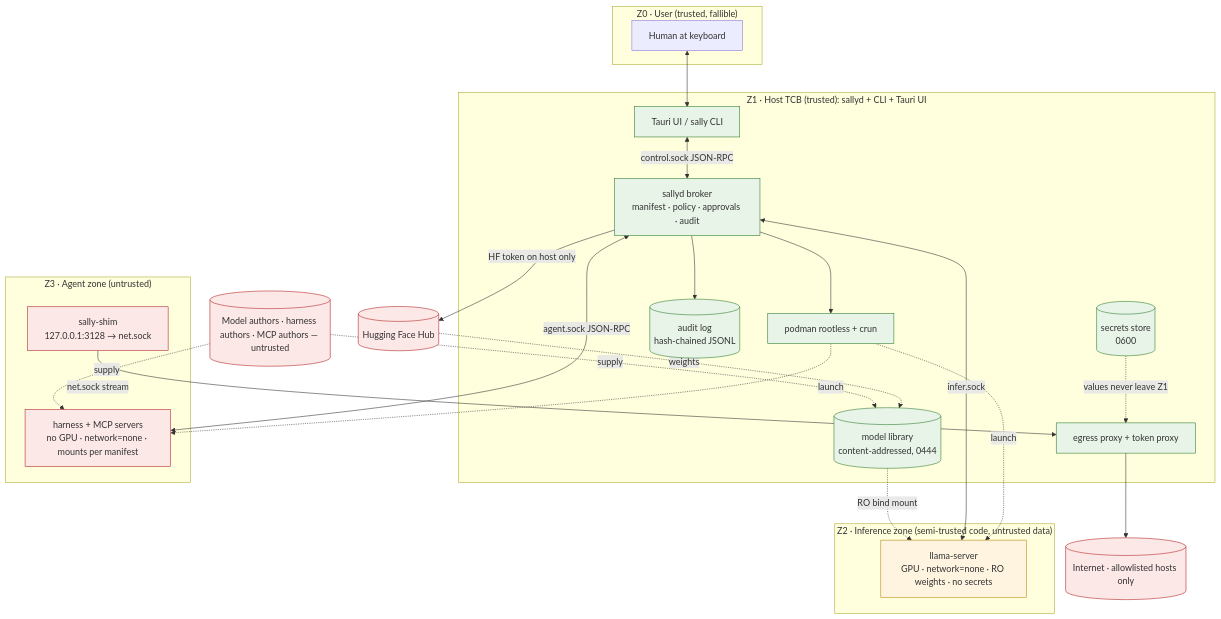
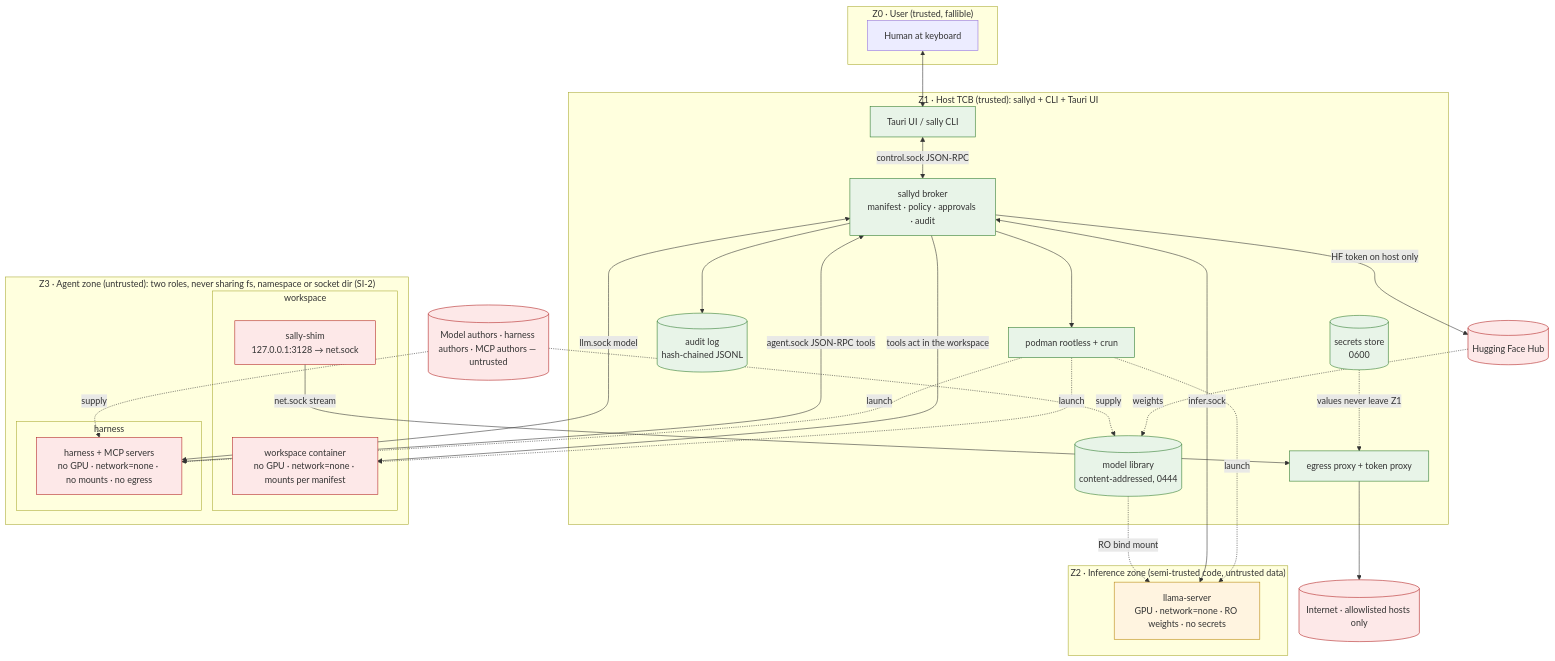
The diagram in THREAT_MODEL.md (ceapf/sallyport), drawn with Mermaid before and after one commit. The commit also changed other lines of this file, not shown here.

First line of the commit message:
docs(threat-model): invariants, zone diagram, filter and model wording

````diff
--- a/THREAT_MODEL.md
+++ b/THREAT_MODEL.md
@@ -37,53 +37,61 @@
 ```mermaid
 flowchart TB
     subgraph Z0["Z0 · User (trusted, fallible)"]
         U[Human at keyboard]
     end
 
     subgraph Z1["Z1 · Host TCB (trusted): sallyd + CLI + Tauri UI"]
         UI[Tauri UI / sally CLI]
         B[sallyd broker<br/>manifest · policy · approvals · audit]
         EP[egress proxy + token proxy]
         SEC[(secrets store<br/>0600)]
         LIB[(model library<br/>content-addressed, 0444)]
         AUD[(audit log<br/>hash-chained JSONL)]
         PM[podman rootless + crun]
     end
 
     subgraph Z2["Z2 · Inference zone (semi-trusted code, untrusted data)"]
         LS[llama-server<br/>GPU · network=none · RO weights · no secrets]
     end
 
-    subgraph Z3["Z3 · Agent zone (untrusted)"]
-        H[harness + MCP servers<br/>no GPU · network=none · mounts per manifest]
-        SH[sally-shim<br/>127.0.0.1:3128 → net.sock]
+    subgraph Z3["Z3 · Agent zone (untrusted): two roles, never sharing fs, namespace or socket dir (SI-2)"]
+        subgraph WS["workspace"]
+            W[workspace container<br/>no GPU · network=none · mounts per manifest]
+            SH[sally-shim<br/>127.0.0.1:3128 → net.sock]
+        end
+        subgraph HA["harness"]
+            H[harness + MCP servers<br/>no GPU · network=none · no mounts · no egress]
+        end
     end
 
     EXT1[(Hugging Face Hub)]
     EXT2[(Internet · allowlisted hosts only)]
     EXT3[(Model authors · harness authors · MCP authors — untrusted)]
 
     U <--> UI
     UI <-->|control.sock JSON-RPC| B
     B --> PM
     PM -.launch.-> LS
+    PM -.launch.-> W
     PM -.launch.-> H
     B <-->|infer.sock| LS
-    H <-->|agent.sock JSON-RPC| B
+    H <-->|agent.sock JSON-RPC tools| B
+    H <-->|llm.sock model| B
+    B -->|tools act in the workspace| W
     SH -->|net.sock stream| EP
     EP --> EXT2
     B -->|HF token on host only| EXT1
     EXT1 -.weights.-> LIB
     LIB -.RO bind mount.-> LS
     SEC -.values never leave Z1.-> EP
     B --> AUD
     EXT3 -.supply.-> LIB
     EXT3 -.supply.-> H
 
     classDef trusted fill:#e8f4e8,stroke:#2d7a2d
     classDef semi fill:#fff4e0,stroke:#b8860b
     classDef untrusted fill:#fde8e8,stroke:#b22222
     class UI,B,EP,SEC,LIB,AUD,PM trusted
     class LS semi
-    class H,SH,EXT1,EXT2,EXT3 untrusted
+    class W,H,SH,EXT1,EXT2,EXT3 untrusted
 ```
````
